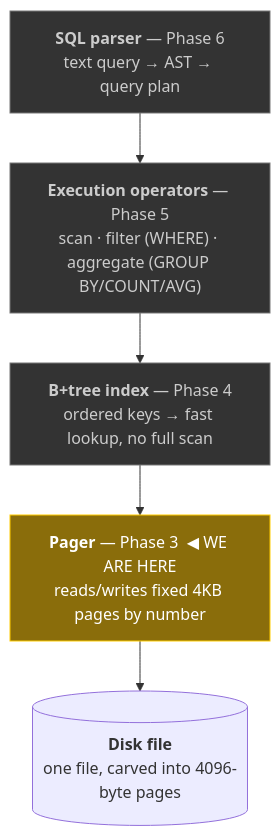
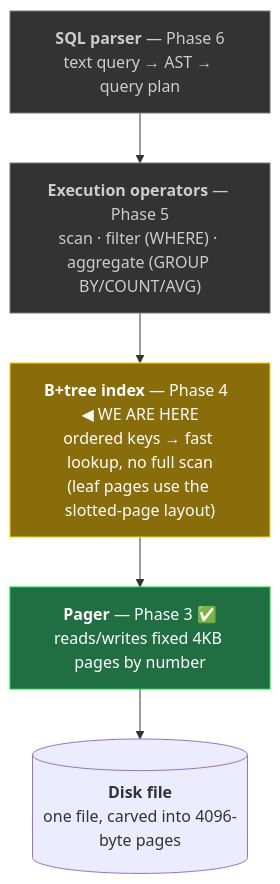
One commit to Joey-Farah/srsdb changed the first of 5 diagrams in ARCHITECTURE.md. Above: the diagram before and after it, drawn with Mermaid. The commit also changed other lines of this file and 1 other file, not shown here.

Commit message:
Docs: refresh ARCHITECTURE.md status + add code map; add Go cheat sheet

````diff
--- a/ARCHITECTURE.md
+++ b/ARCHITECTURE.md
@@ -19,16 +20,17 @@
 ```mermaid
 flowchart TB
     SQL["<b>SQL parser</b> — Phase 6<br/>text query → AST → query plan"]
     OPS["<b>Execution operators</b> — Phase 5<br/>scan · filter (WHERE) · aggregate (GROUP BY/COUNT/AVG)"]
-    TREE["<b>B+tree index</b> — Phase 4<br/>ordered keys → fast lookup, no full scan"]
-    PAGER["<b>Pager</b> — Phase 3  ◀ WE ARE HERE<br/>reads/writes fixed 4KB pages by number"]
+    TREE["<b>B+tree index</b> — Phase 4  ◀ WE ARE HERE<br/>ordered keys → fast lookup, no full scan<br/>(leaf pages use the slotted-page layout)"]
+    PAGER["<b>Pager</b> — Phase 3 ✅<br/>reads/writes fixed 4KB pages by number"]
     DISK[("<b>Disk file</b><br/>one file, carved into 4096-byte pages")]
 
     SQL --> OPS --> TREE --> PAGER --> DISK
 
     classDef done fill:#1f6f43,stroke:#0d3,color:#fff
     classDef now fill:#8a6d0b,stroke:#fc0,color:#fff
     classDef todo fill:#333,stroke:#777,color:#ccc
-    class PAGER now
-    class TREE,OPS,SQL todo
+    class PAGER done
+    class TREE now
+    class OPS,SQL todo
 ```
````
